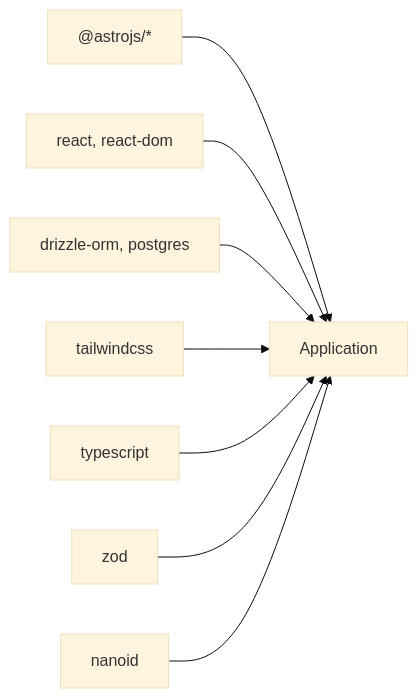
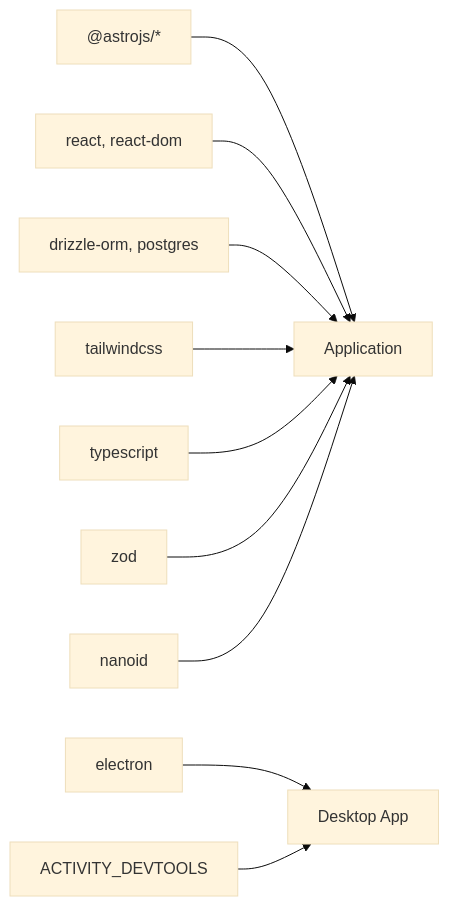
One commit to WizardJIOCb/rodion.pro changed the eighth of 8 diagrams in .qoder/repowiki/en/content/Development Guidelines.md. Above: the diagram before and after it, drawn with Mermaid (base theme). The commit also changed other lines of this file and 32 other files, not shown here.

````diff
--- a/.qoder/repowiki/en/content/Development Guidelines.md
+++ b/.qoder/repowiki/en/content/Development Guidelines.md
@@ -369,10 +457,12 @@
 ```mermaid
 graph LR
 Astro["@astrojs/*"] --> App["Application"]
 React["react, react-dom"] --> App
 Drizzle["drizzle-orm, postgres"] --> App
 Tailwind["tailwindcss"] --> App
 TS["typescript"] --> App
 Zod["zod"] --> App
 Nanoid["nanoid"] --> App
+Electron["electron"] --> Desktop["Desktop App"]
+DevTools["ACTIVITY_DEVTOOLS"] --> Desktop
 ```
````
